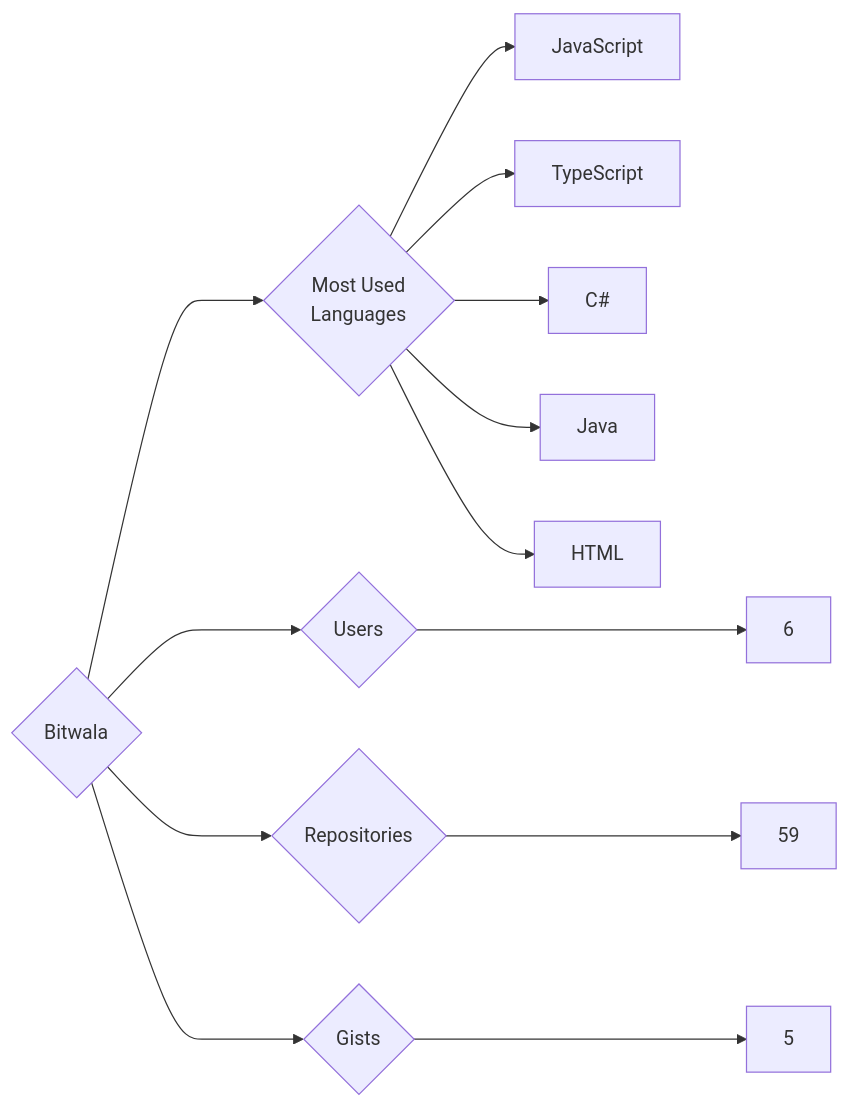
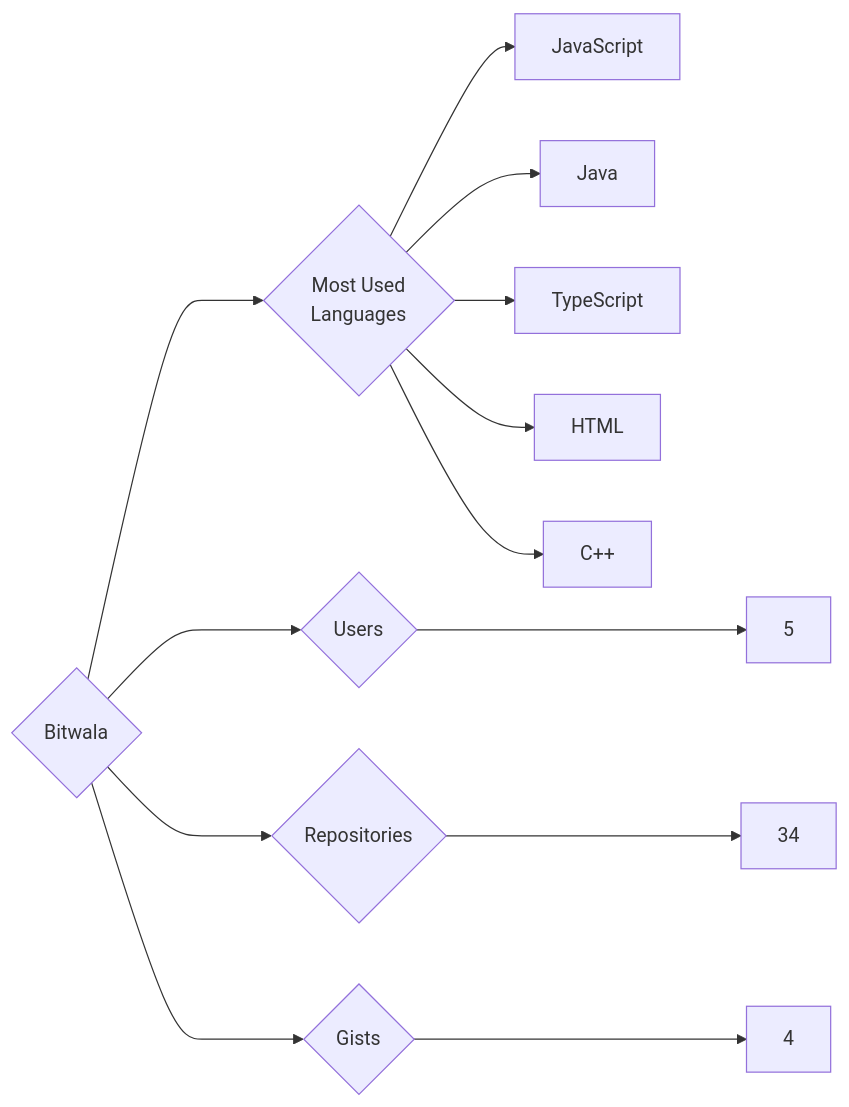
The diagram in targets/Bitwala/README.md (trickest/insiders), drawn with Mermaid before and after one commit. The commit also changed 993 other files, not shown here.

````diff
--- a/targets/Bitwala/README.md
+++ b/targets/Bitwala/README.md
@@ -3,13 +3,13 @@
 ```mermaid
 graph LR
 COMPANY_NAME{Bitwala}
-COMPANY_NAME ---> U{Users} ---> UN[6]
-COMPANY_NAME ---> R{Repositories} ---> RN[59]
-COMPANY_NAME ---> G{Gists} ---> GN[5]
+COMPANY_NAME ---> U{Users} ---> UN[5]
+COMPANY_NAME ---> R{Repositories} ---> RN[34]
+COMPANY_NAME ---> G{Gists} ---> GN[4]
 COMPANY_NAME ---> ML{Most Used<br>Languages}
 ML --> JavaScript[JavaScript]
+ML --> Java[Java]
 ML --> TypeScript[TypeScript]
-ML --> C#[C#]
-ML --> Java[Java]
 ML --> HTML[HTML]
+ML --> C++[C++]
 ```
````
